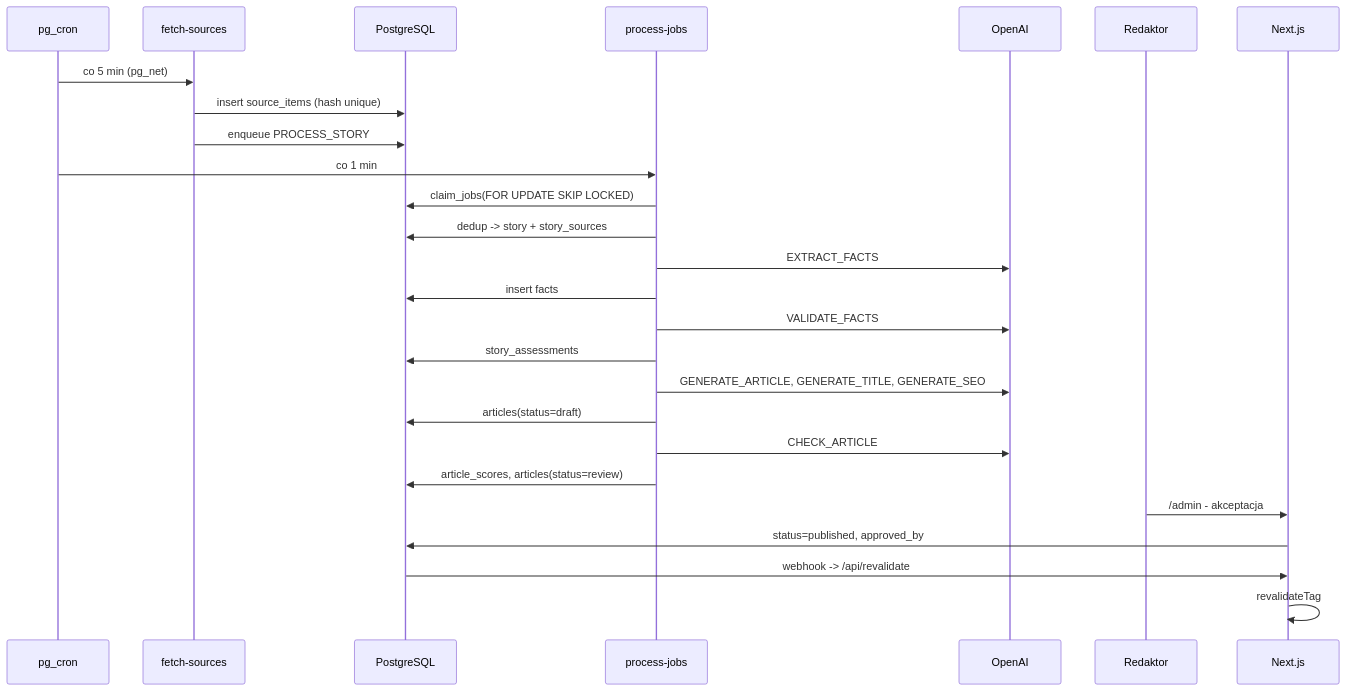
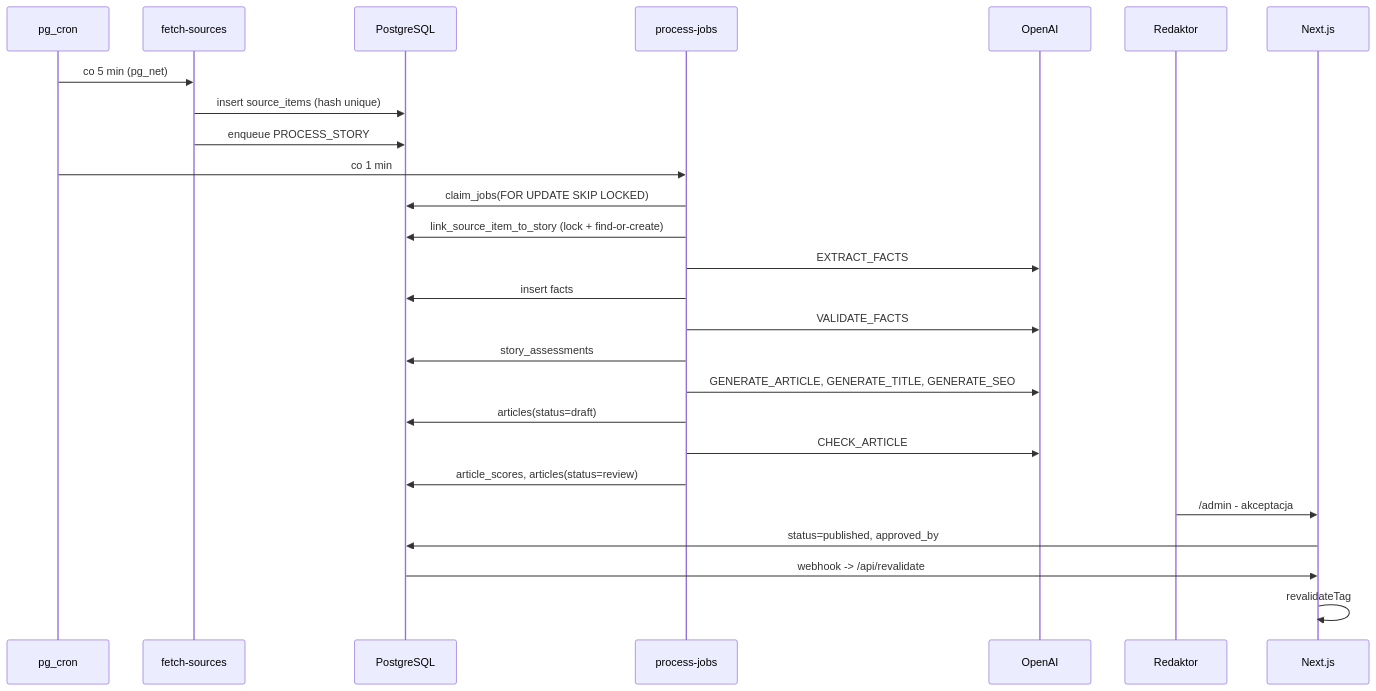
Before and after one commit to Adys23/football-news: the third of 4 diagrams in docs/architecture.md, drawn with Mermaid. The commit also changed other lines of this file and 6 other files, not shown here.

First line of the commit message:
fix(dedup): atomowe find-or-create historii pod advisory lock

````diff
--- a/docs/architecture.md
+++ b/docs/architecture.md
@@ -225,29 +227,29 @@
 ```mermaid
 sequenceDiagram
   participant Cron as pg_cron
   participant Fetch as fetch-sources
   participant DB as PostgreSQL
   participant Worker as process-jobs
   participant LLM as OpenAI
   participant Editor as Redaktor
   participant Site as Next.js
 
   Cron->>Fetch: co 5 min (pg_net)
   Fetch->>DB: insert source_items (hash unique)
   Fetch->>DB: enqueue PROCESS_STORY
   Cron->>Worker: co 1 min
   Worker->>DB: claim_jobs(FOR UPDATE SKIP LOCKED)
-  Worker->>DB: dedup -> story + story_sources
+  Worker->>DB: link_source_item_to_story (lock + find-or-create)
   Worker->>LLM: EXTRACT_FACTS
   Worker->>DB: insert facts
   Worker->>LLM: VALIDATE_FACTS
   Worker->>DB: story_assessments
   Worker->>LLM: GENERATE_ARTICLE, GENERATE_TITLE, GENERATE_SEO
   Worker->>DB: articles(status=draft)
   Worker->>LLM: CHECK_ARTICLE
   Worker->>DB: article_scores, articles(status=review)
   Editor->>Site: /admin - akceptacja
   Site->>DB: status=published, approved_by
   DB->>Site: webhook -> /api/revalidate
   Site->>Site: revalidateTag
 ```
````
